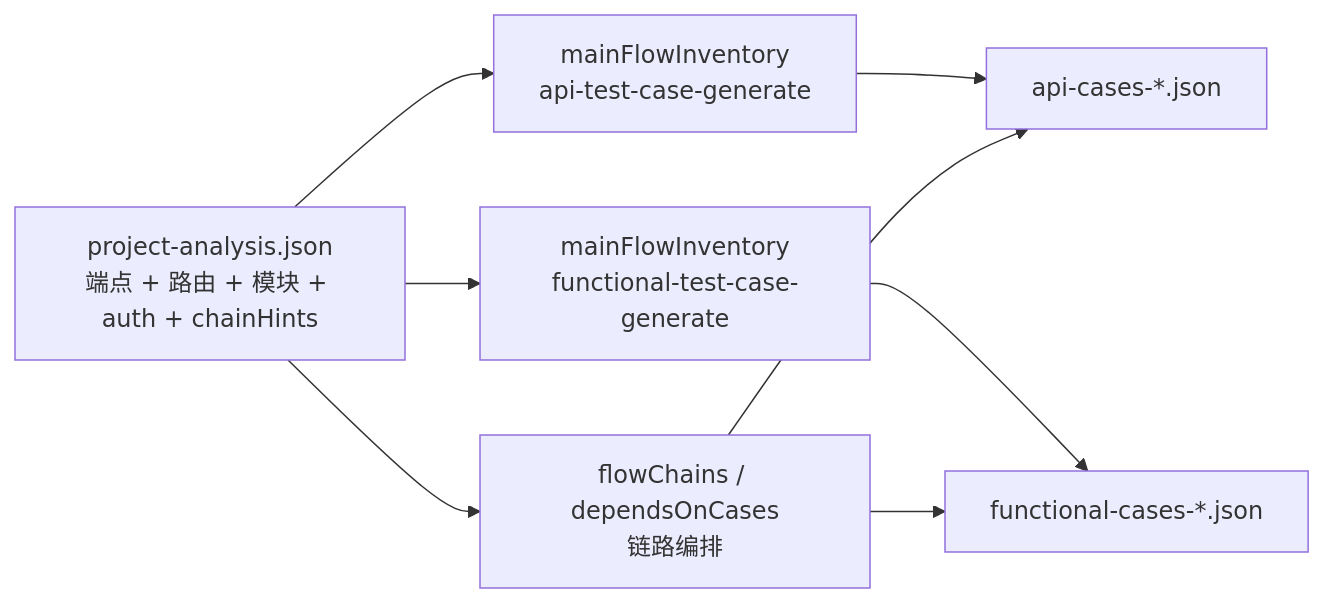
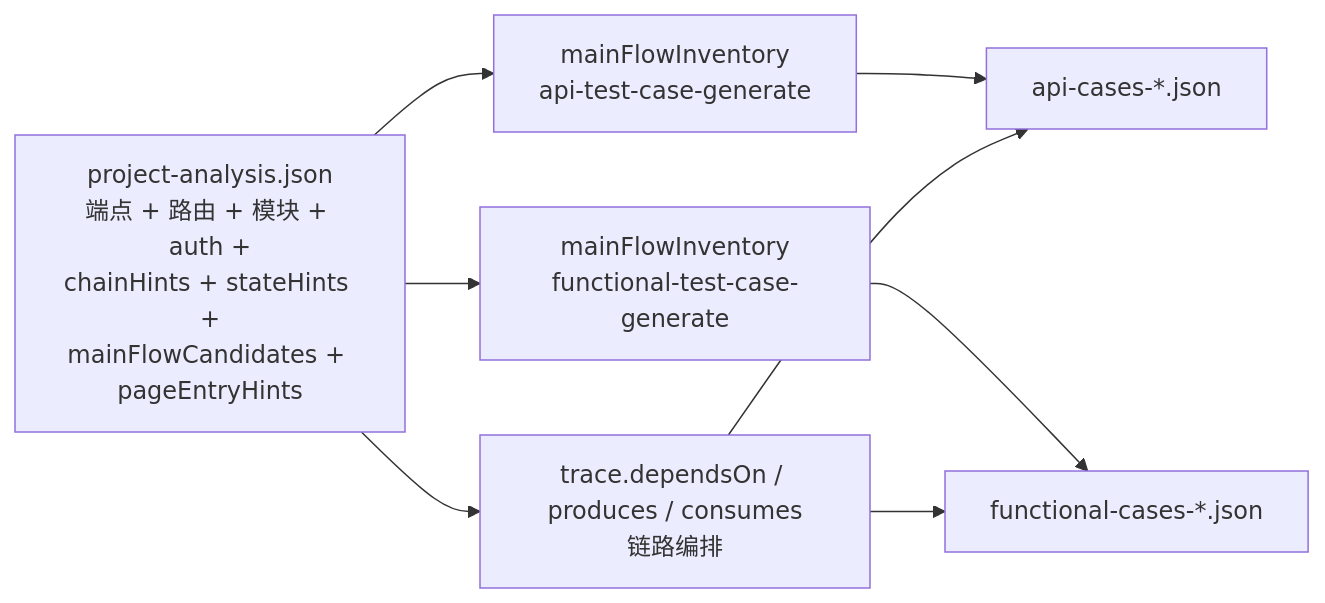
Before and after one commit to MakaCove/ai-test-pipeline: the diagram in project-analyzer/下游衔接.md, drawn with Mermaid. The commit also changed other lines of this file and 26 other files, not shown here.

````diff
--- a/project-analyzer/下游衔接.md
+++ b/project-analyzer/下游衔接.md
@@ -7,15 +7,15 @@
 ```mermaid
 flowchart LR
-  PA["project-analysis.json<br/>端点 + 路由 + 模块 + auth + chainHints"]
-  EC["mainFlowInventory<br/>api-test-case-generate"]
-  FI["mainFlowInventory<br/>functional-test-case-generate"]
-  CH["flowChains / dependsOnCases<br/>链路编排"]
+  PA["project-analysis.json<br/>端点 + 路由 + 模块 + auth +<br/>chainHints + stateHints +<br/>mainFlowCandidates + pageEntryHints"]
+  MFI["mainFlowInventory<br/>api-test-case-generate"]
+  MFU["mainFlowInventory<br/>functional-test-case-generate"]
+  CH["trace.dependsOn / produces / consumes<br/>链路编排"]
   AC["api-cases-*.json"]
   FC["functional-cases-*.json"]
 
-  PA --> EC --> AC
-  PA --> FI --> FC
+  PA --> MFI --> AC
+  PA --> MFU --> FC
   PA --> CH
   CH --> AC
   CH --> FC
 ```
````
